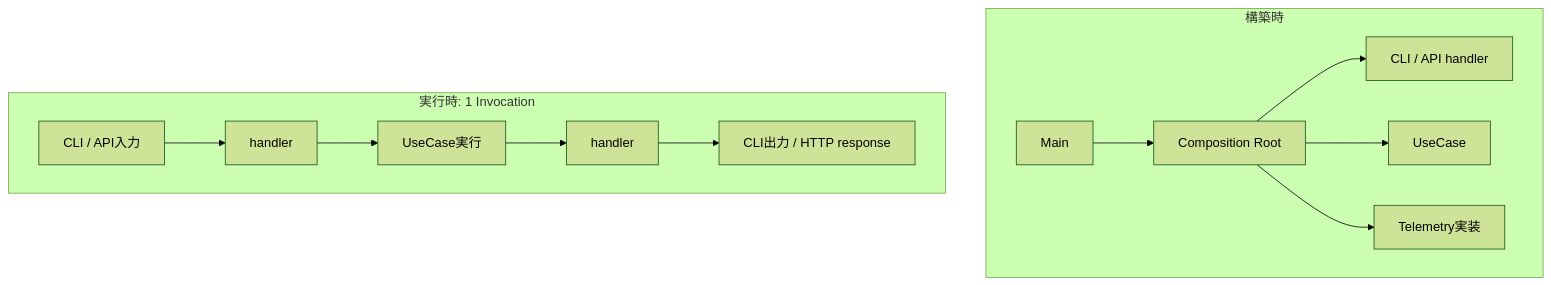
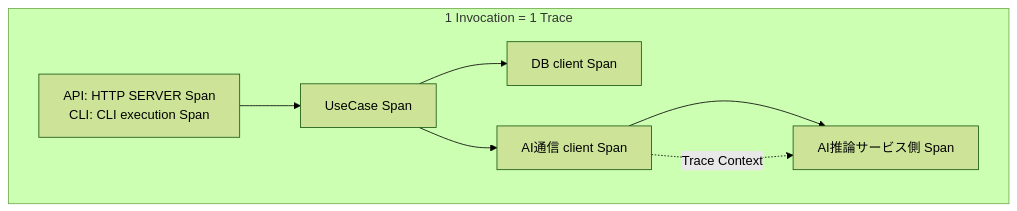
Before and after one commit to takashit16833/Workbench: the second of 3 diagrams in Notes/RAGScope/RAGScopeアプリケーション/RS-0023 Observability設計メモ.md, drawn with Mermaid (forest theme). The commit also changed other lines of this file and 3 other files, not shown here.

````diff
--- a/Notes/RAGScope/RAGScopeアプリケーション/RS-0023 Observability設計メモ.md
+++ b/Notes/RAGScope/RAGScopeアプリケーション/RS-0023 Observability設計メモ.md
@@ -87,16 +69,11 @@
 ```mermaid
 flowchart TB
-    subgraph BUILD["構築時"]
-        MAIN["Main"] --> CR["Composition Root"]
-        CR --> HDEF["CLI / API handler"]
-        CR --> UCDEF["UseCase"]
-        CR --> TEL["Telemetry実装"]
+    subgraph TRACE["1 Invocation = 1 Trace"]
+        ENTRY["API: HTTP SERVER Span\nCLI: CLI execution Span"] --> UC["UseCase Span"]
+        UC --> DB["DB client Span"]
+        UC --> AI_REQ["AI通信 client Span"]
+        AI_REQ --> AI_SVC["AI推論サービス側 Span"]
     end
 
-    subgraph RUN["実行時: 1 Invocation"]
-        INPUT["CLI / API入力"] --> H1["handler"]
-        H1 --> UC["UseCase実行"]
-        UC --> H2["handler"]
-        H2 --> OUTPUT["CLI出力 / HTTP response"]
-    end
+    AI_REQ -. "Trace Context" .-> AI_SVC
 ```
````
